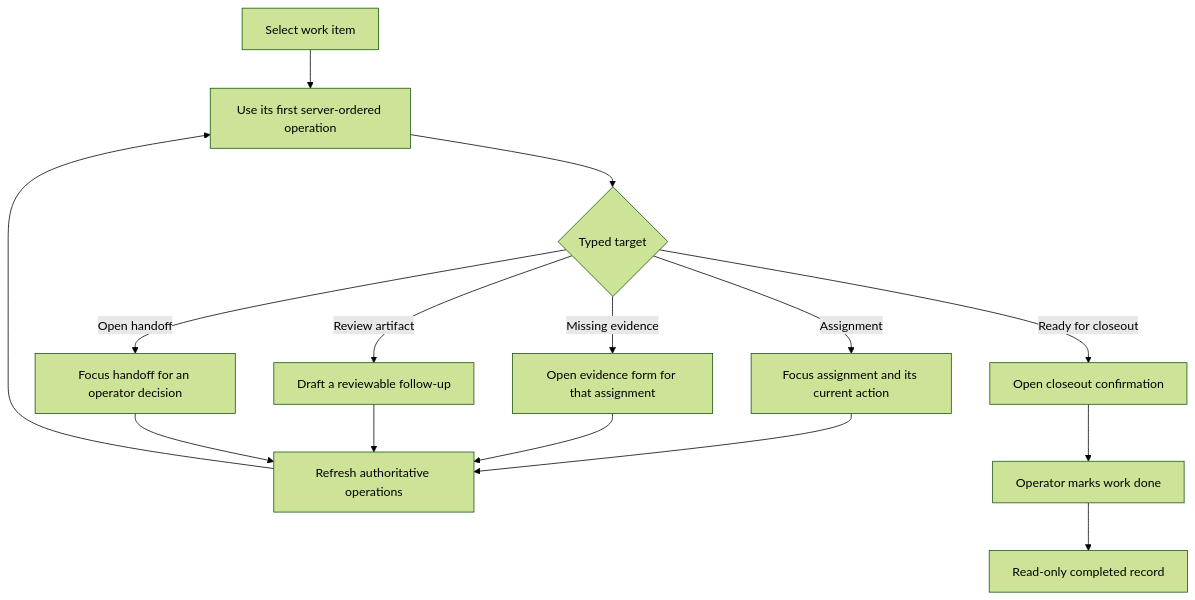
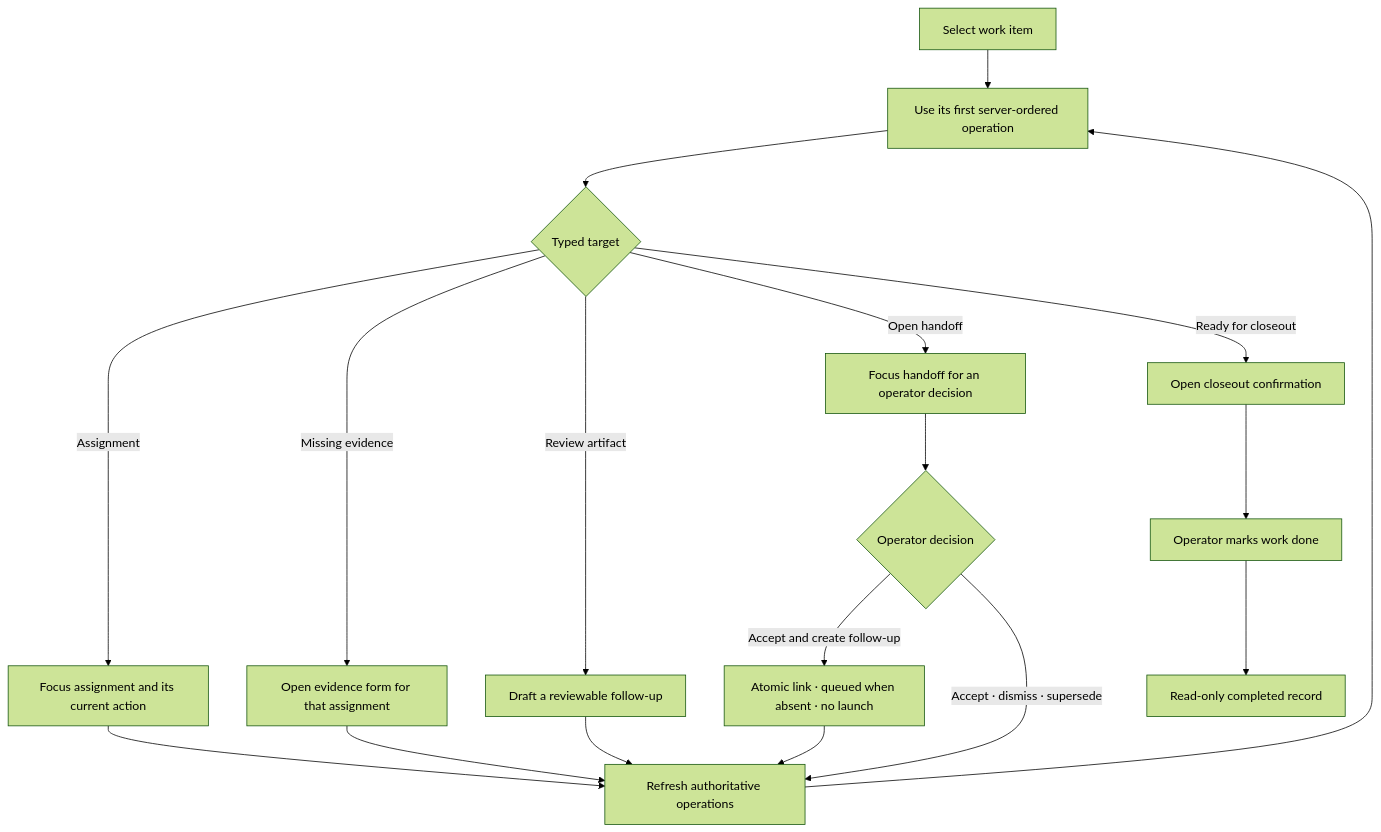
Before and after one commit to hecatehq/hecate: the fifth of 8 diagrams in docs/design/proposals/projects-cockpit-ux.md, drawn with Mermaid (forest theme). The commit also changed other lines of this file and 40 other files, not shown here.

Commit message:
feat(projects): make handoff follow-up atomic

````diff
--- a/docs/design/proposals/projects-cockpit-ux.md
+++ b/docs/design/proposals/projects-cockpit-ux.md
@@ -351,17 +351,20 @@
 ```mermaid
 flowchart TD
   A["Select work item"] --> B["Use its first server-ordered operation"]
   B --> C{"Typed target"}
   C -->|"Assignment"| D["Focus assignment and its current action"]
   C -->|"Missing evidence"| E["Open evidence form for that assignment"]
   C -->|"Review artifact"| F["Draft a reviewable follow-up"]
   C -->|"Open handoff"| G["Focus handoff for an operator decision"]
   C -->|"Ready for closeout"| H["Open closeout confirmation"]
   D --> K["Refresh authoritative operations"]
   E --> K
   F --> K
-  G --> K
+  G --> L{"Operator decision"}
+  L -->|"Accept and create follow-up"| M["Atomic link · queued when absent · no launch"]
+  L -->|"Accept · dismiss · supersede"| K
+  M --> K
   K --> B
   H --> I["Operator marks work done"]
   I --> J["Read-only completed record"]
 ```
````
